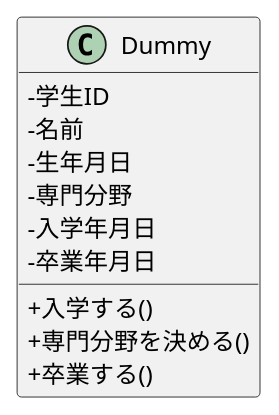
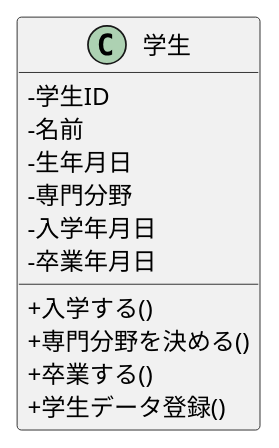
Before and after one commit to ri1002/ohara_uml: the diagram in 05_web_ronbun/class.pu, drawn with PlantUML. The commit also changed 2 other files, not shown here.

```diff
--- a/05_web_ronbun/class.pu
+++ b/05_web_ronbun/class.pu
@@ -1,15 +1,17 @@
 @startuml
 skinparam classAttributeIconSize 0
-class Dummy {
+class 学生 {
  -学生ID
  -名前
  -生年月日
  -専門分野
  -入学年月日
  -卒業年月日
  +入学する()
  +専門分野を決める()
  +卒業する()
+ 'シーケンス図をもとに追加
+ +学生データ登録()
 }
 
 @enduml
```
